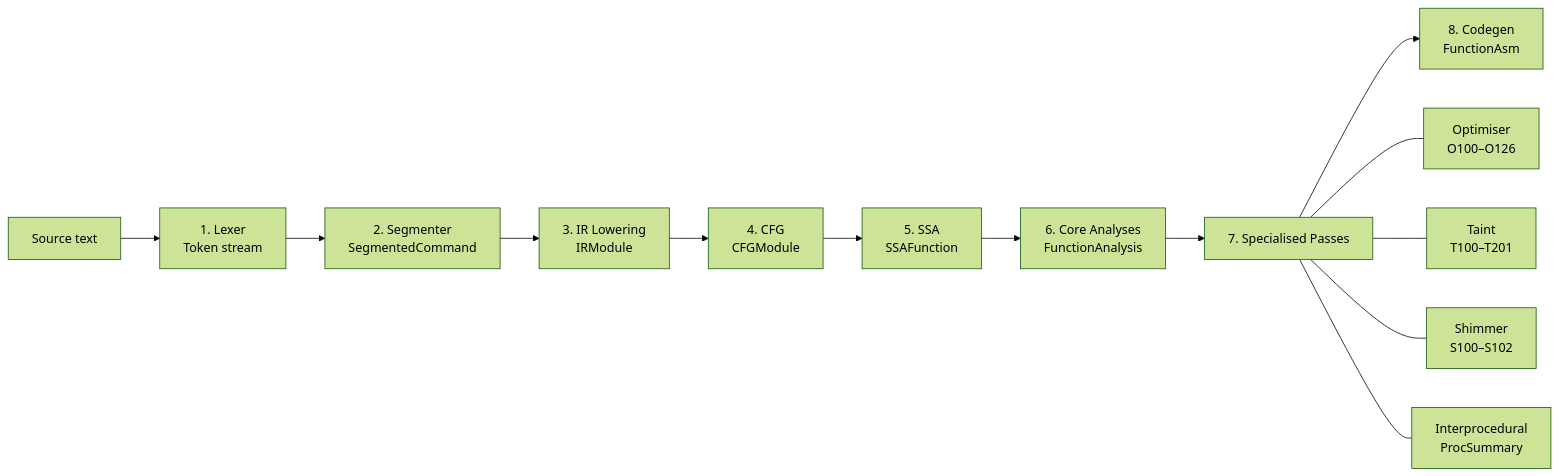
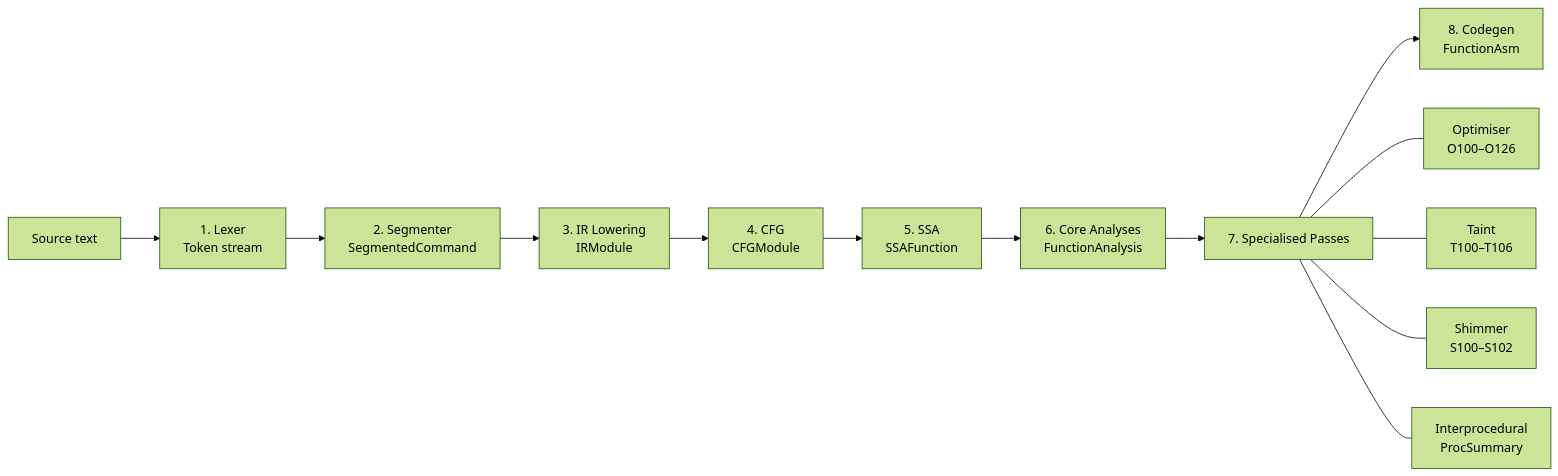
Before and after one commit to bitwisecook/tcl-lsp: the first of 23 diagrams in docs/GLOSSARY.md, drawn with Mermaid (forest theme). The commit also changed 26 other files, not shown here.

````diff
--- a/docs/GLOSSARY.md
+++ b/docs/GLOSSARY.md
@@ -11,16 +11,16 @@
 ```mermaid
 flowchart LR
     SRC["Source text"] --> LEX["1. Lexer<br/>Token stream"]
     LEX --> SEG["2. Segmenter<br/>SegmentedCommand"]
     SEG --> IR["3. IR Lowering<br/>IRModule"]
     IR --> CFG["4. CFG<br/>CFGModule"]
     CFG --> SSA["5. SSA<br/>SSAFunction"]
     SSA --> ANA["6. Core Analyses<br/>FunctionAnalysis"]
     ANA --> SP["7. Specialised Passes"]
     SP --> CG["8. Codegen<br/>FunctionAsm"]
 
     SP --- OPT["Optimiser<br/>O100–O126"]
-    SP --- TAINT["Taint<br/>T100–T201"]
+    SP --- TAINT["Taint<br/>T100–T106"]
     SP --- SHIM["Shimmer<br/>S100–S102"]
     SP --- INTERP["Interprocedural<br/>ProcSummary"]
 ```
````
